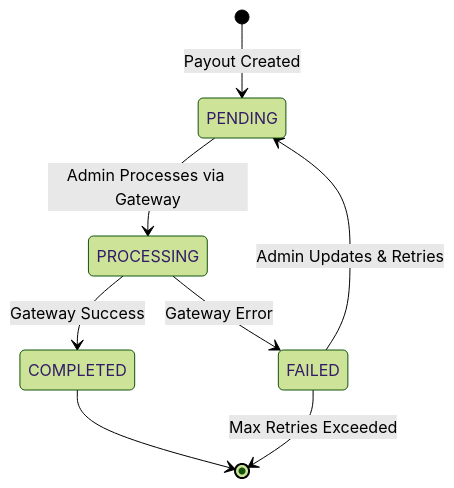
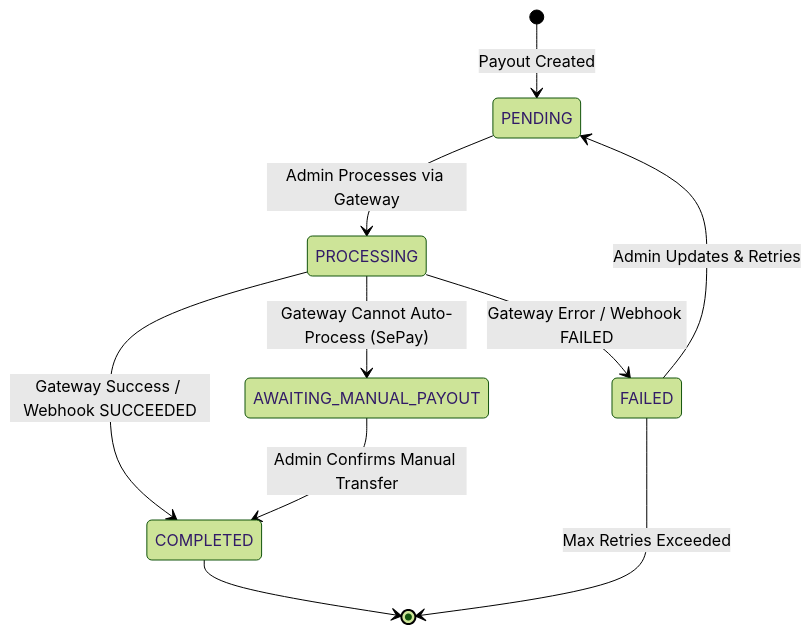
Before and after one commit to HuuLocFIT/EduMind: diagram 15 of 17 in docs/workflows/payout_workflows.md, drawn with Mermaid (forest theme). The commit also changed other lines of this file and 1 other file, not shown here.

First line of the commit message:
feat: update payout and refund workflows documentation

````diff
--- a/docs/workflows/payout_workflows.md
+++ b/docs/workflows/payout_workflows.md
@@ -385,10 +636,12 @@
 ```mermaid
 stateDiagram-v2
     [*] --> PENDING: Payout Created
     PENDING --> PROCESSING: Admin Processes via Gateway
-    PROCESSING --> COMPLETED: Gateway Success
-    PROCESSING --> FAILED: Gateway Error
+    PROCESSING --> COMPLETED: Gateway Success / Webhook SUCCEEDED
+    PROCESSING --> FAILED: Gateway Error / Webhook FAILED
+    PROCESSING --> AWAITING_MANUAL_PAYOUT: Gateway Cannot Auto-Process (SePay)
+    AWAITING_MANUAL_PAYOUT --> COMPLETED: Admin Confirms Manual Transfer
     FAILED --> PENDING: Admin Updates & Retries
     COMPLETED --> [*]
     FAILED --> [*]: Max Retries Exceeded
 ```
````
